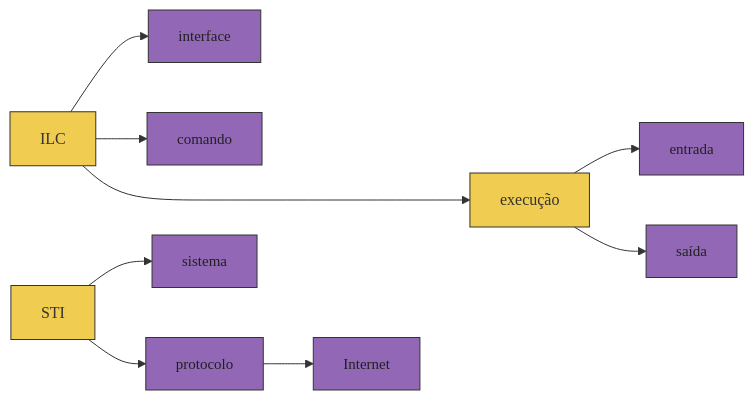
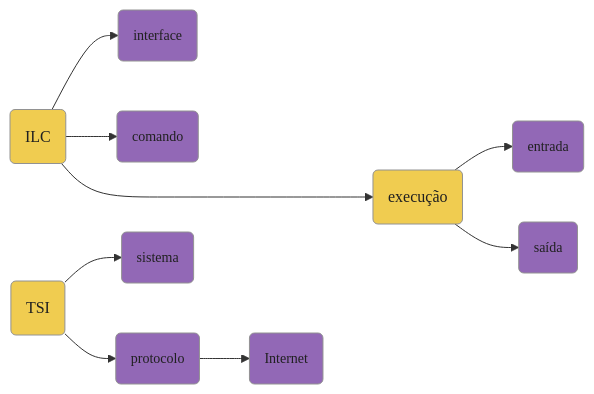
The diagram in sobre.template.md (jultty/jultty.github.io), drawn with Mermaid before and after one commit. The commit also changed other lines of this file and 8 other files, not shown here.

First line of the commit message:
Insere cor de fundo no diagrama sobre-1.svg e move imagens

````diff
--- a/sobre.template.md
+++ b/sobre.template.md
@@ -24,18 +24,18 @@
 ```mermaid
 graph LR;
-    classDef raiz fill: #F0CC50,stroke:#333,stroke-width:1px,font-family:Ubuntu;
-    classDef filha fill: #9268B6,stroke:#333,stroke-width:1px,font-family:Ubuntu,font-size:15px,color:#202020;
+    classDef raiz fill: #F0CC50,stroke:#929292,stroke-width:1px,font-family:Ubuntu,color:#202020;
+    classDef filha fill: #9268B6,stroke:#929292,stroke-width:1px,font-family:Ubuntu,font-size:14px,color:#202020;
 
-    ILC --> interface;
-    ILC --> comando;
-    ILC ----> execução;
+    ilc(ILC) --> int(interface);
+    ilc --> com(comando);
+    ilc ----> exe(execução);
     
-    execução --> entrada;
-    execução --> saída;
+    exe --> ent(entrada);
+    exe --> sai(saída);
 
-    STI --> sistema
-    STI --> protocolo --> Internet
+    tsi(TSI) --> sis(sistema)
+    tsi --> prot(protocolo) --> I(Internet)
 
-    class ILC,execução,STI raiz;
-    class interface,comando,entrada,saída,sistema,protocolo,Internet filha;
+    class ilc,exe,tsi raiz;
+    class int,com,ent,sai,sis,prot,I filha;
 ```
````
